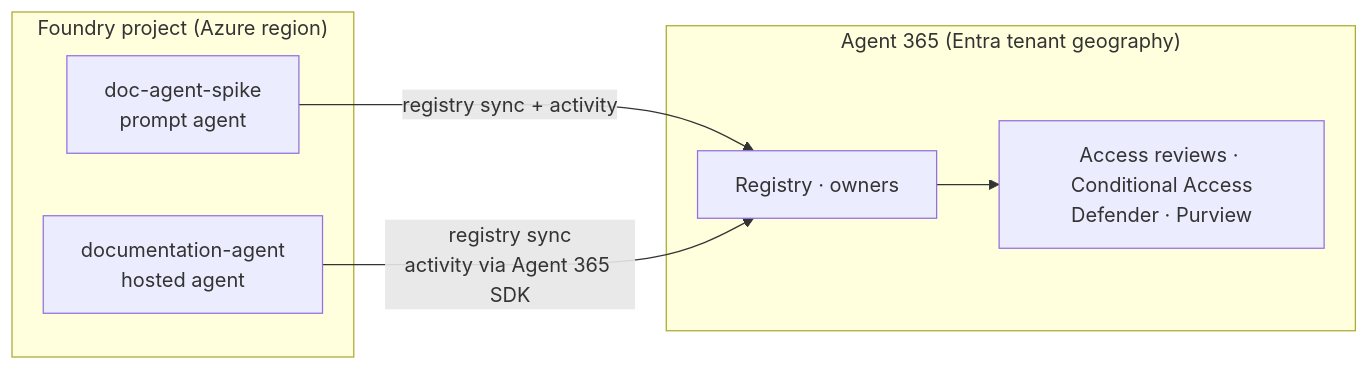
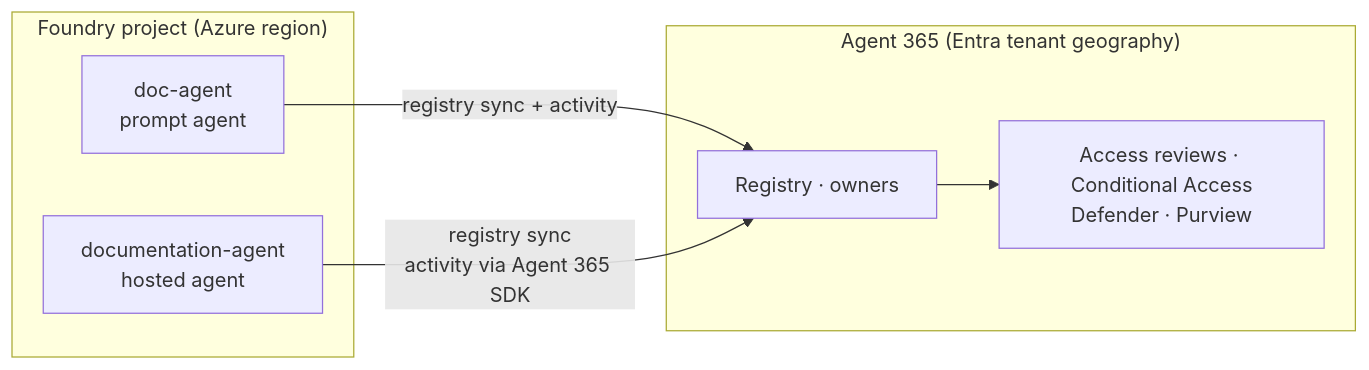
Before and after one commit to wdhm/foundry-agentic-pattern: the diagram in docs/workshop/slides/agent-365.md, drawn with Mermaid. The commit also changed 13 other files, not shown here.

First line of the commit message:
docs: demo P2 on prompt agent doc-agent instead of the spike

````diff
--- a/docs/workshop/slides/agent-365.md
+++ b/docs/workshop/slides/agent-365.md
@@ -29,12 +29,12 @@
 ```mermaid
 flowchart LR
     subgraph Foundry["Foundry project (Azure region)"]
-        PA["doc-agent-spike<br/>prompt agent"]
+        PA["doc-agent<br/>prompt agent"]
         HA["documentation-agent<br/>hosted agent"]
     end
     PA -- "registry sync + activity" --> REG
     HA -- "registry sync<br/>activity via Agent 365 SDK" --> REG
     subgraph A365["Agent 365 (Entra tenant geography)"]
         REG["Registry · owners"] --> GOV["Access reviews · Conditional Access<br/>Defender · Purview"]
     end
 ```
````
